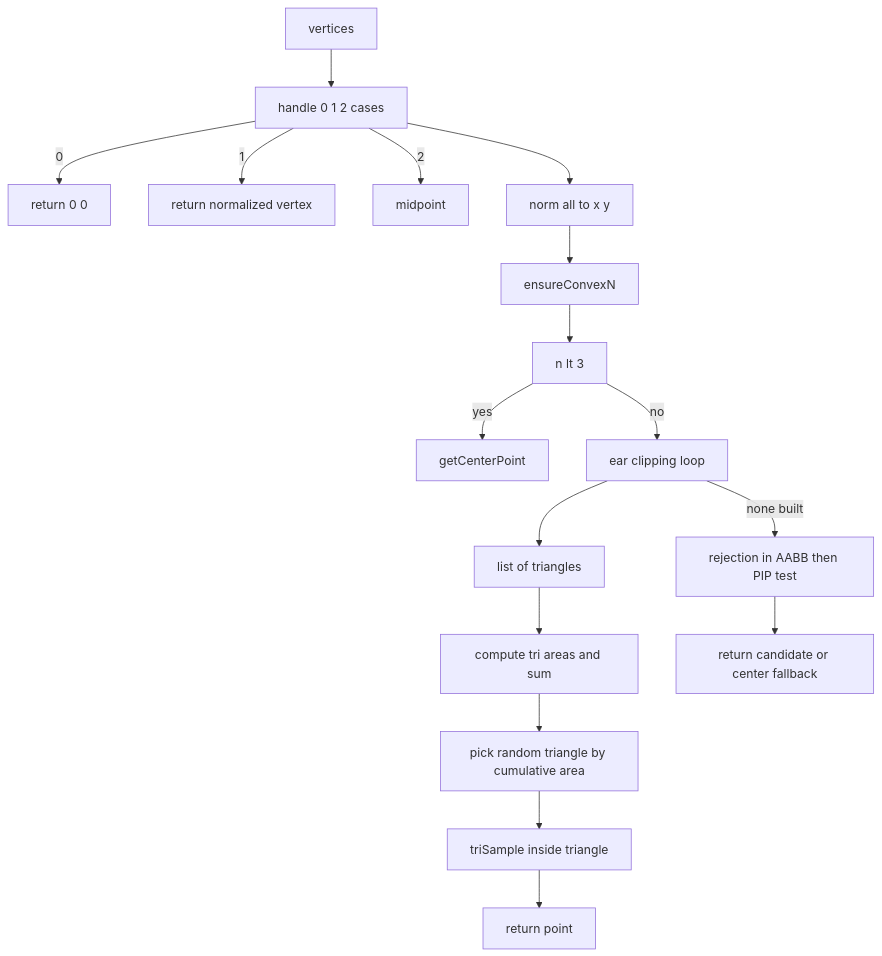
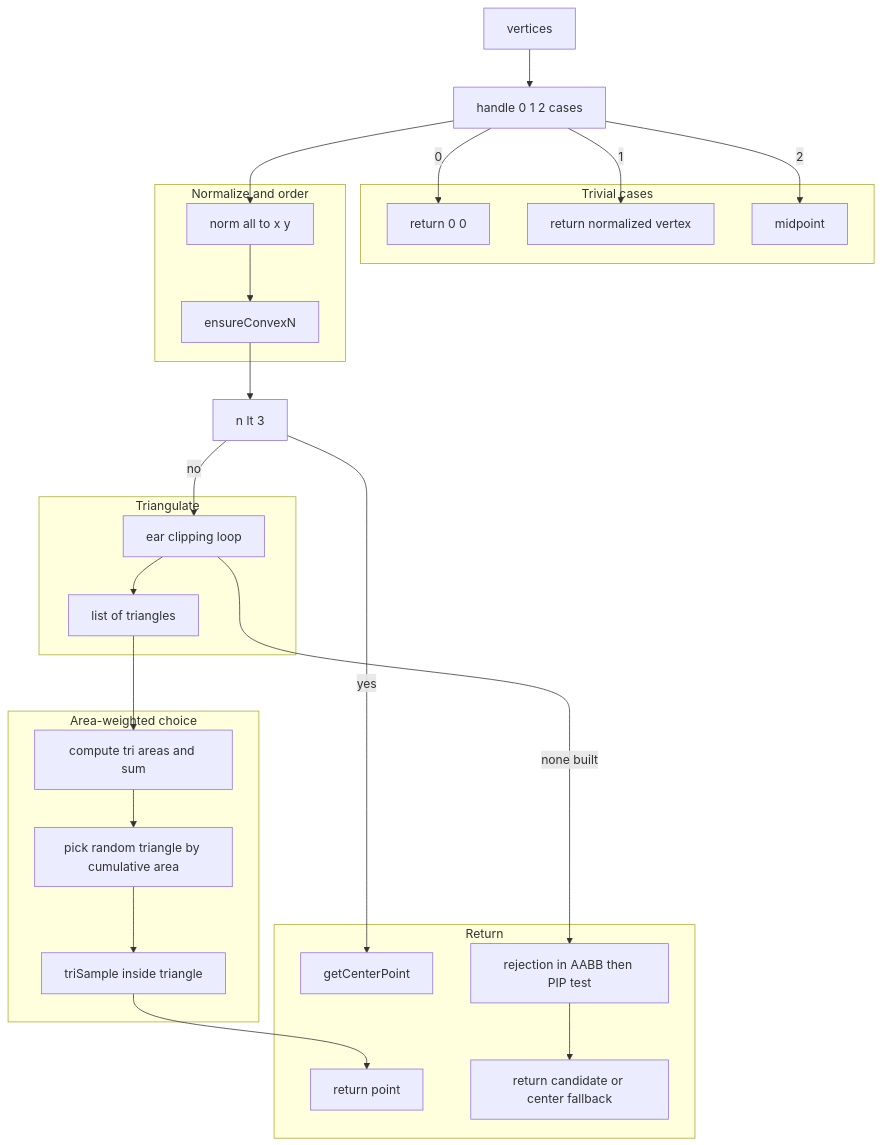
One commit to Gh0st352/AETHR changed the third of 5 diagrams in docs/poly/random_points_and_sampling.md. Above: the diagram before and after it, drawn with Mermaid. The commit also changed other lines of this file and 9 other files, not shown here.

First line of the commit message:
docs(poly): improve README headings and mermaid diagrams

````diff
--- a/docs/poly/random_points_and_sampling.md
+++ b/docs/poly/random_points_and_sampling.md
@@ -48,19 +87,50 @@
 ```mermaid
+%% shared theme: docs/_mermaid/theme.json %%
 flowchart TD
   IN[vertices] --> TRIV[handle 0 1 2 cases]
   TRIV -->|0| Z0[return 0 0]
   TRIV -->|1| Z1[return normalized vertex]
   TRIV -->|2| MID[midpoint]
   TRIV --> NORM[norm all to x y]
   NORM --> ORDER[ensureConvexN]
   ORDER --> NCHK[n lt 3]
   NCHK -->|yes| CTR[getCenterPoint]
   NCHK -->|no| EARS[ear clipping loop]
   EARS --> TRI[list of triangles]
   TRI --> AREA[compute tri areas and sum]
   AREA --> PICK[pick random triangle by cumulative area]
   PICK --> SAMPLE[triSample inside triangle]
   SAMPLE --> RET[return point]
   EARS -->|none built| REJ[rejection in AABB then PIP test]
   REJ --> RET2[return candidate or center fallback]
+
+  subgraph "Trivial cases"
+    Z0
+    Z1
+    MID
+  end
+  subgraph "Normalize and order"
+    NORM
+    ORDER
+  end
+  subgraph "Triangulate"
+    EARS
+    TRI
+  end
+  subgraph "Area-weighted choice"
+    AREA
+    PICK
+    SAMPLE
+  end
+  subgraph "Return"
+    CTR
+    RET
+    REJ
+    RET2
+  end
+
+  class IN class_io;
+  class TRIV,NORM,ORDER,NCHK,EARS,TRI,AREA,PICK,SAMPLE,REJ,CTR class_step;
+  class RET,RET2,Z0,Z1,MID class_result;
+  class NCHK class_decision;
 ```
````
